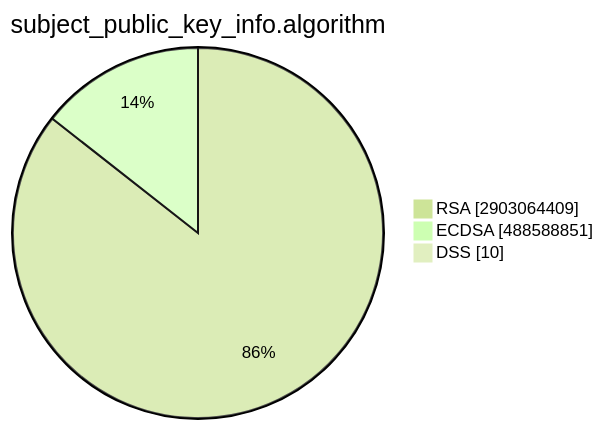
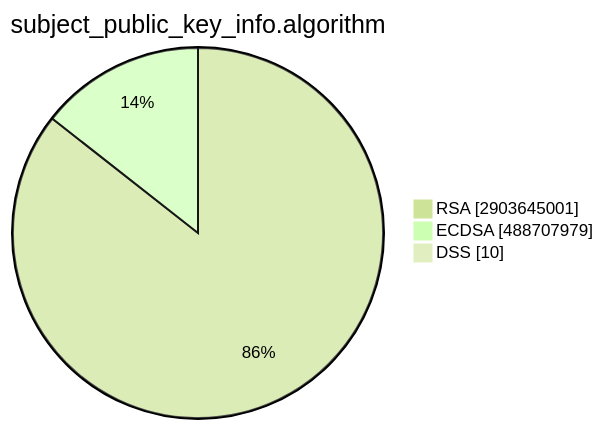
One commit to christiankrug/ctmonitor_visualization changed the second of 15 diagrams in TOTAL/README.md. Above: the diagram before and after it, drawn with Mermaid (forest theme). The commit also changed other lines of this file, not shown here.

````diff
--- a/TOTAL/README.md
+++ b/TOTAL/README.md
@@ -6,7 +6,7 @@
 ```mermaid
 pie showData
 title subject_public_key_info.algorithm
-"RSA" :2903064409
-"ECDSA" :488588851
+"RSA" :2903645001
+"ECDSA" :488707979
 "DSS" :10
 ```
````
